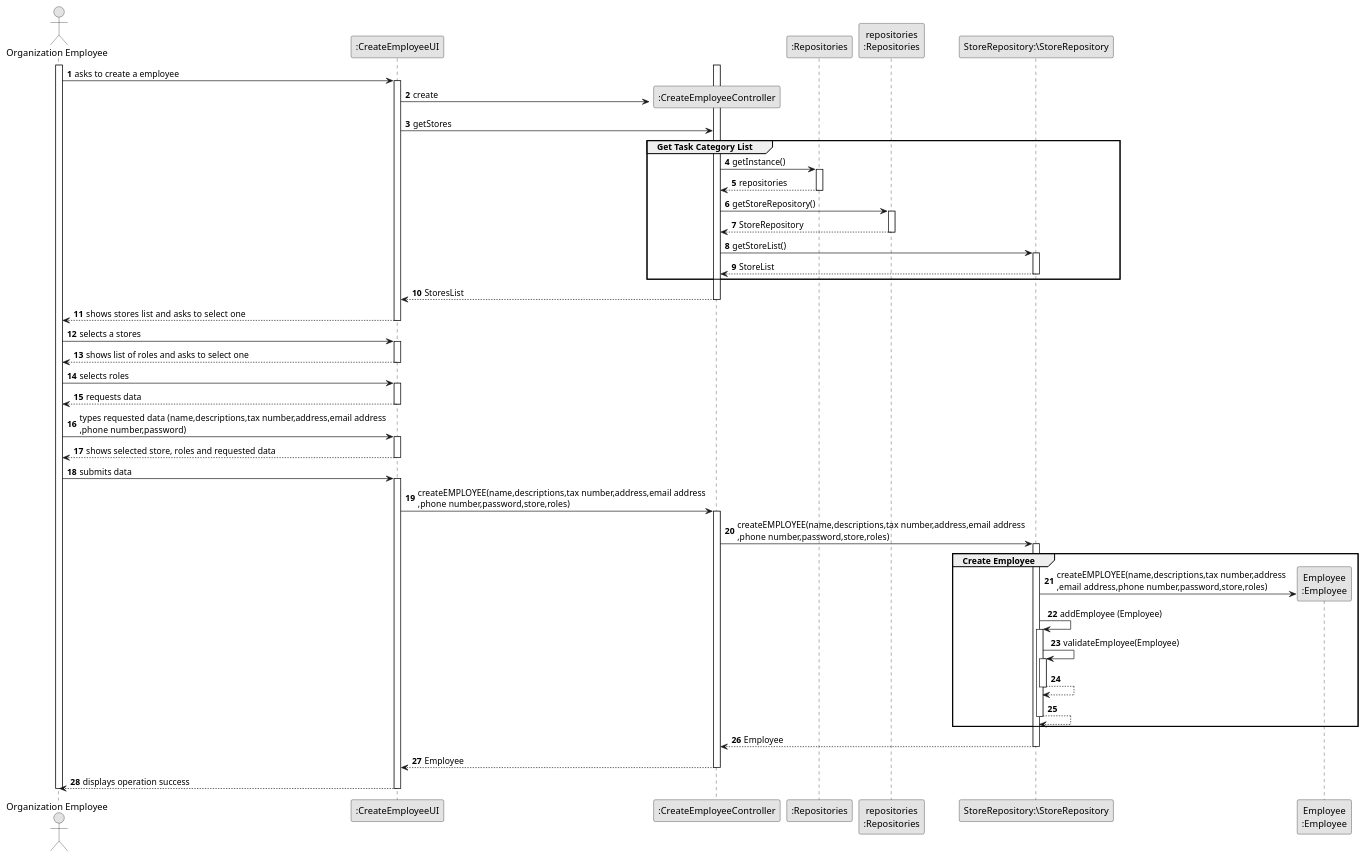
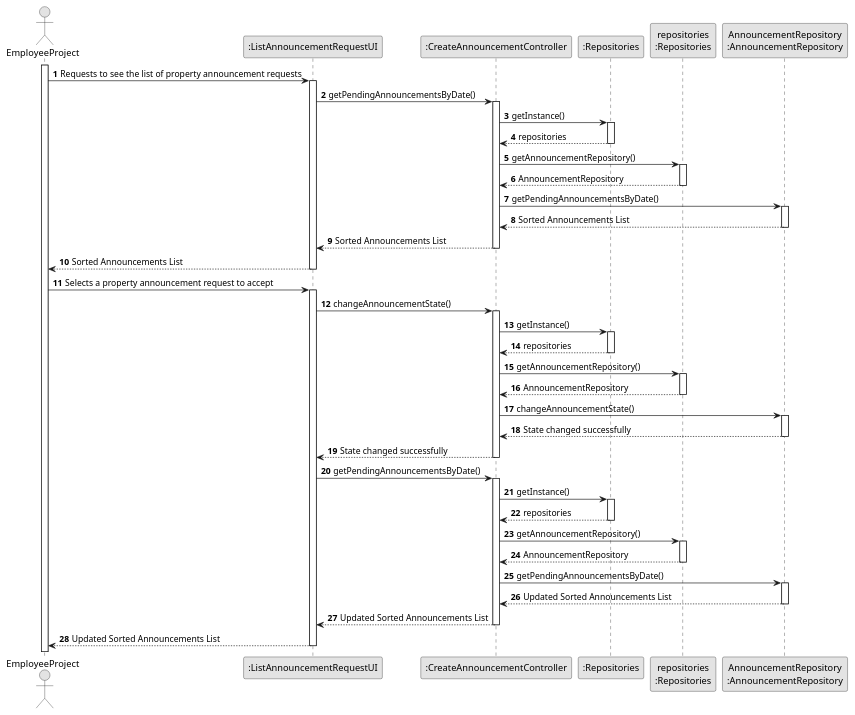
Before and after one commit to hugosilva2901/lei-22-s2-1DO-g68: the diagram in lei-22-s2-1do-g68/docs/SprintC/us008/03.design/puml/us008-sequence-diagram-full.puml, drawn with PlantUML. The commit also changed 5 other files, not shown here.

```diff
--- a/lei-22-s2-1do-g68/docs/SprintC/us008/03.design/puml/us008-sequence-diagram-full.puml
+++ b/lei-22-s2-1do-g68/docs/SprintC/us008/03.design/puml/us008-sequence-diagram-full.puml
@@ -1,108 +1,102 @@
 @startuml
 skinparam monochrome true
 skinparam packageStyle rectangle
 skinparam shadowing false
 
 autonumber
 
 'hide footbox
-actor "Organization Employee" as ADM
-participant ":CreateEmployeeUI" as UI
-participant ":CreateEmployeeController" as CTRL
+actor "EmployeeProject" as User
+participant ":ListAnnouncementRequestUI" as UI
+participant ":CreateAnnouncementController" as CTRL
 participant ":Repositories" as RepositorySingleton
 participant "repositories\n:Repositories" as PLAT
-participant "StoreRepository:\StoreRepository" as StoreRepository
-participant "Employee\n:Employee" as TAREFA
+participant "AnnouncementRepository\n:AnnouncementRepository" as REPO
 
-activate ADM
+activate User
 
-    ADM -> UI : asks to create a employee
+User -> UI : Requests to see the list of property announcement requests
+activate UI
 
-    activate UI
+UI -> CTRL : getPendingAnnouncementsByDate()
+activate CTRL
 
-        UI -> CTRL** : create
-        UI -> CTRL : getStores
+CTRL -> RepositorySingleton : getInstance()
+activate RepositorySingleton
 
-group Get Task Category List
+RepositorySingleton --> CTRL: repositories
+deactivate RepositorySingleton
 
+CTRL -> PLAT : getAnnouncementRepository()
+activate PLAT
 
-            CTRL -> RepositorySingleton : getInstance()
-            activate RepositorySingleton
+PLAT --> CTRL: AnnouncementRepository
+deactivate PLAT
 
-                RepositorySingleton --> CTRL: repositories
-            deactivate RepositorySingleton
+CTRL -> REPO : getPendingAnnouncementsByDate()
+activate REPO
 
-            CTRL -> PLAT : getStoreRepository()
-            activate PLAT
+REPO --> CTRL : Sorted Announcements List
+deactivate REPO
 
-                PLAT --> CTRL: StoreRepository
-            deactivate PLAT
+CTRL --> UI : Sorted Announcements List
+deactivate CTRL
 
-            CTRL -> StoreRepository : getStoreList()
-            activate StoreRepository
+UI --> User : Sorted Announcements List
+deactivate UI
 
-                StoreRepository --> CTRL : StoreList
-            deactivate StoreRepository
+User -> UI : Selects a property announcement request to accept
+activate UI
 
+UI -> CTRL : changeAnnouncementState()
+activate CTRL
 
-    end
+CTRL -> RepositorySingleton : getInstance()
+activate RepositorySingleton
 
-        activate CTRL
+RepositorySingleton --> CTRL: repositories
+deactivate RepositorySingleton
 
-            CTRL --> UI : StoresList
-        deactivate CTRL
+CTRL -> PLAT : getAnnouncementRepository()
+activate PLAT
 
-        UI --> ADM : shows  stores list and asks to select one
-    deactivate UI
-    ADM -> UI : selects a stores
+PLAT --> CTRL: AnnouncementRepository
+deactivate PLAT
 
-    activate UI
+CTRL -> REPO : changeAnnouncementState()
+activate REPO
 
-    UI --> ADM : shows list of roles and asks to select one
+REPO --> CTRL : State changed successfully
+deactivate REPO
 
+CTRL --> UI : State changed successfully
+deactivate CTRL
 
-    deactivate UI
-    ADM -> UI : selects roles
-        activate UI
+UI -> CTRL : getPendingAnnouncementsByDate()
+activate CTRL
 
-            UI --> ADM : requests data
-        deactivate UI
-        ADM -> UI : types requested data (name,descriptions,tax number,address,email address\n,phone number,password)
-        activate UI
+CTRL -> RepositorySingleton : getInstance()
+activate RepositorySingleton
 
-        UI --> ADM : shows selected store, roles and requested data
-        deactivate UI
-        ADM -> UI : submits data
-     activate UI
+RepositorySingleton --> CTRL: repositories
+deactivate RepositorySingleton
 
-     UI -> CTRL : createEMPLOYEE(name,descriptions,tax number,address,email address\n,phone number,password,store,roles)
-    activate CTRL
+CTRL -> PLAT : getAnnouncementRepository()
+activate PLAT
 
-      CTRL -> StoreRepository: createEMPLOYEE(name,descriptions,tax number,address,email address\n,phone number,password,store,roles)
-                 activate StoreRepository
+PLAT --> CTRL: AnnouncementRepository
+deactivate PLAT
 
-                       group Create Employee
+CTRL -> REPO : getPendingAnnouncementsByDate()
+activate REPO
 
-                             StoreRepository -> TAREFA**: createEMPLOYEE(name,descriptions,tax number,address\n,email address,phone number,password,store,roles)
-                             StoreRepository -> StoreRepository: addEmployee (Employee)
+REPO --> CTRL : Updated Sorted Announcements List
+deactivate REPO
 
-                             activate StoreRepository
-                                 StoreRepository -> StoreRepository: validateEmployee(Employee)
-                                 activate StoreRepository
-                                     StoreRepository --> StoreRepository
-                                 deactivate StoreRepository
+CTRL --> UI : Updated Sorted Announcements List
+deactivate CTRL
 
-                                 StoreRepository --> StoreRepository
-                             deactivate StoreRepository
-                         end
-
-                     StoreRepository --> CTRL : Employee
-                 deactivate StoreRepository
-                CTRL --> UI: Employee
-              deactivate CTRL
-              UI --> ADM: displays operation success
-      deactivate UI
-
-deactivate ADM
+UI --> User : Updated Sorted Announcements List
+deactivate UI
 
 @enduml
```
